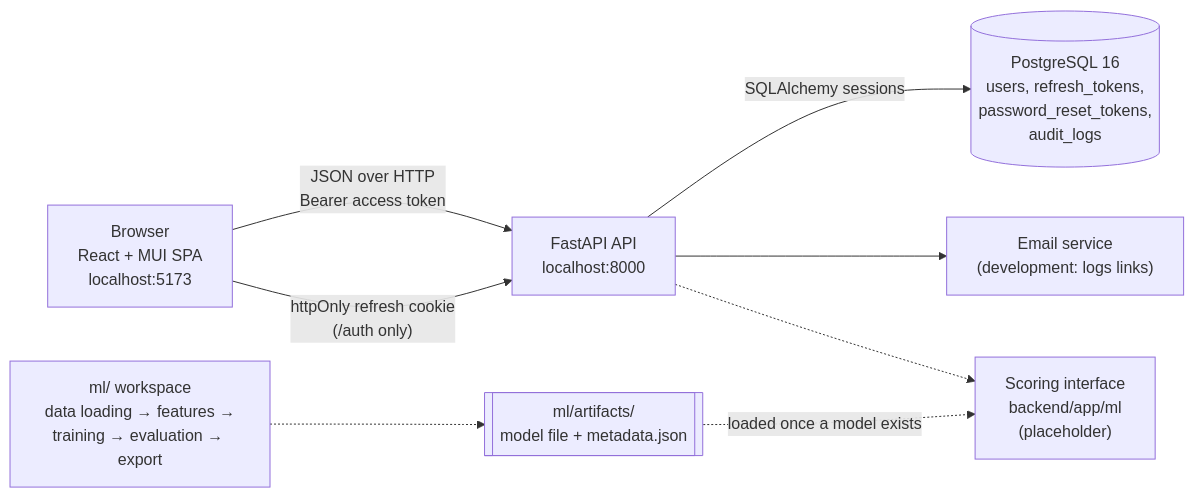
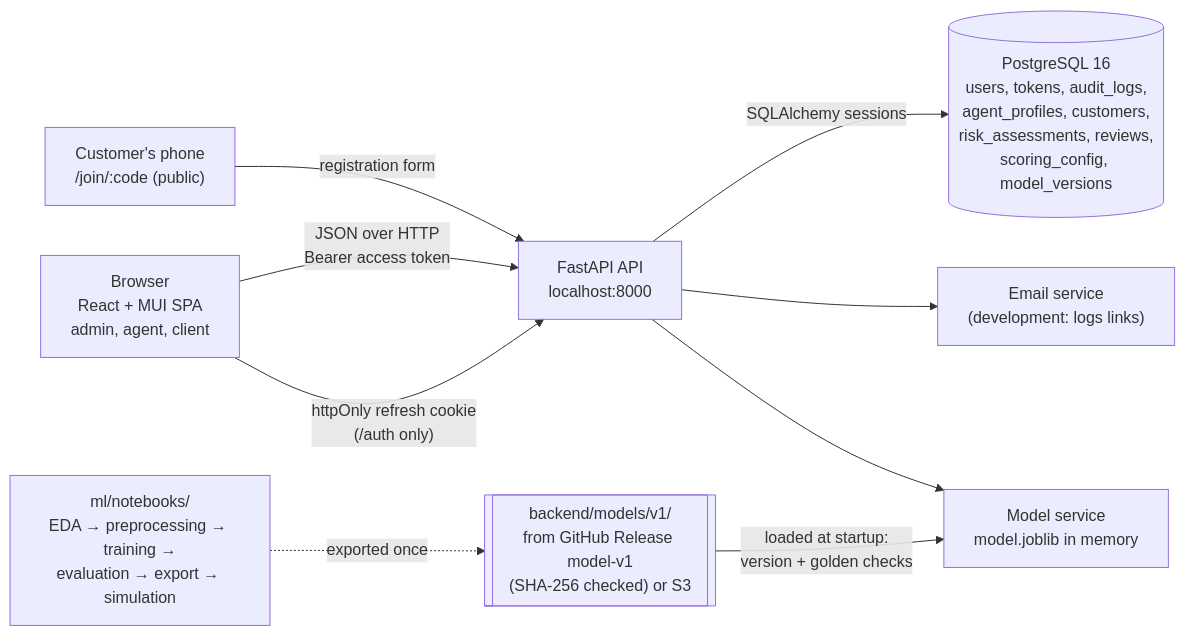
The first of 3 diagrams in docs/architecture.md (Myranyamwanda/Salesmesh), drawn with Mermaid before and after one commit. The commit also changed other lines of this file, not shown here.

Commit message:
docs: describe the integrated model in the architecture overview

````diff
--- a/docs/architecture.md
+++ b/docs/architecture.md
@@ -10,18 +11,20 @@
 ```mermaid
 flowchart LR
-    browser["Browser<br/>React + MUI SPA<br/>localhost:5173"]
+    customer["Customer's phone<br/>/join/:code (public)"]
+    browser["Browser<br/>React + MUI SPA<br/>admin, agent, client"]
     api["FastAPI API<br/>localhost:8000"]
-    db[("PostgreSQL 16<br/>users, refresh_tokens,<br/>password_reset_tokens,<br/>audit_logs")]
+    db[("PostgreSQL 16<br/>users, tokens, audit_logs,<br/>agent_profiles, customers,<br/>risk_assessments, reviews,<br/>scoring_config, model_versions")]
     email["Email service<br/>(development: logs links)"]
-    scoring["Scoring interface<br/>backend/app/ml<br/>(placeholder)"]
-    mlws["ml/ workspace<br/>data loading → features →<br/>training → evaluation → export"]
-    artifacts[["ml/artifacts/<br/>model file + metadata.json"]]
+    model["Model service<br/>model.joblib in memory"]
+    files[["backend/models/v1/<br/>from GitHub Release model-v1<br/>(SHA-256 checked) or S3"]]
+    notebooks["ml/notebooks/<br/>EDA → preprocessing → training →<br/>evaluation → export → simulation"]
 
+    customer -->|"registration form"| api
     browser -- "JSON over HTTP<br/>Bearer access token" --> api
     browser -- "httpOnly refresh cookie<br/>(/auth only)" --> api
     api -- "SQLAlchemy sessions" --> db
     api --> email
-    api -.-> scoring
-    mlws -.-> artifacts
-    artifacts -.->|"loaded once a model exists"| scoring
+    api --> model
+    files -->|"loaded at startup:<br/>version + golden checks"| model
+    notebooks -.->|"exported once"| files
 ```
````
